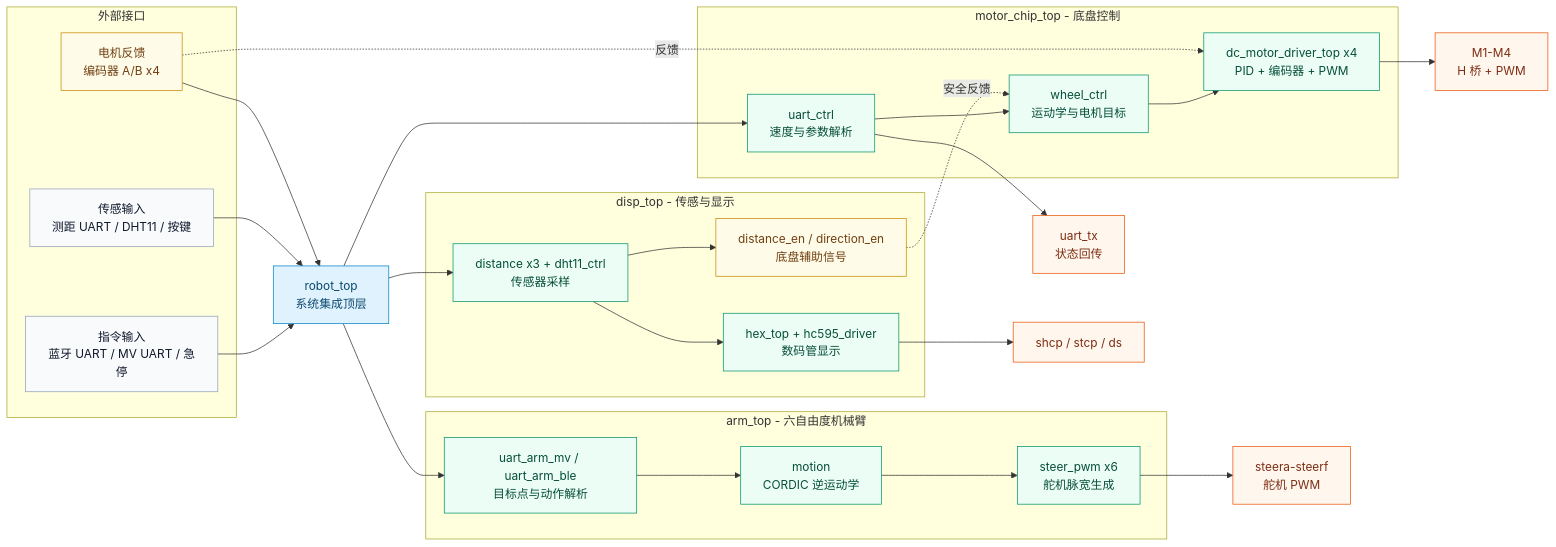
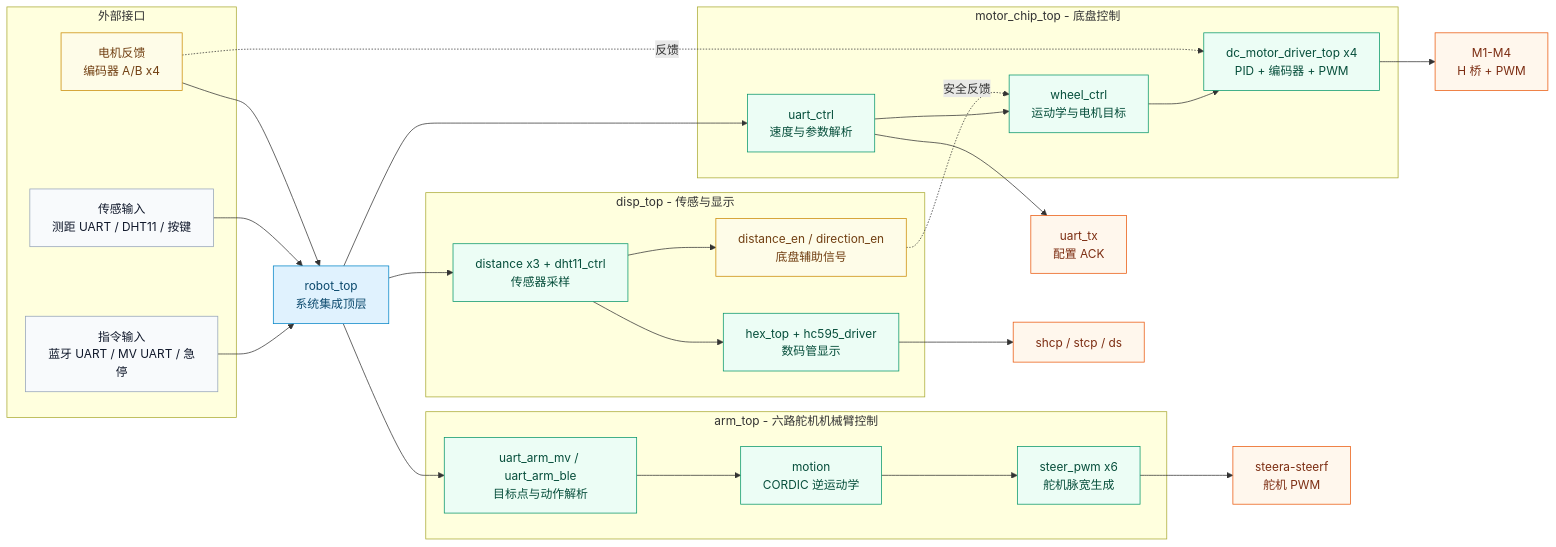
The diagram in README_CN.md (yifeistarwang-coder/RoboMotion-FPGA), drawn with Mermaid before and after one commit. The commit also changed other lines of this file and 1 other file, not shown here.

````diff
--- a/README_CN.md
+++ b/README_CN.md
@@ -70,61 +70,61 @@
 ```mermaid
 flowchart LR
   classDef external fill:#f8fafc,stroke:#94a3b8,color:#0f172a;
   classDef top fill:#e0f2fe,stroke:#0284c7,color:#0c4a6e;
   classDef core fill:#ecfdf5,stroke:#059669,color:#064e3b;
   classDef output fill:#fff7ed,stroke:#ea580c,color:#7c2d12;
   classDef feedback fill:#fefce8,stroke:#ca8a04,color:#713f12;
 
   subgraph IN["外部接口"]
     command_in["指令输入<br/>蓝牙 UART / MV UART / 急停"]
     sensor_in["传感输入<br/>测距 UART / DHT11 / 按键"]
     enc["电机反馈<br/>编码器 A/B x4"]
   end
 
   robot_top["robot_top<br/>系统集成顶层"]
 
   subgraph CHASSIS["motor_chip_top - 底盘控制"]
     chassis_uart["uart_ctrl<br/>速度与参数解析"]
     wheel_ctrl["wheel_ctrl<br/>运动学与电机目标"]
     motor_driver["dc_motor_driver_top x4<br/>PID + 编码器 + PWM"]
   end
 
-  subgraph ARM["arm_top - 六自由度机械臂"]
+  subgraph ARM["arm_top - 六路舵机机械臂控制"]
     arm_uart["uart_arm_mv / uart_arm_ble<br/>目标点与动作解析"]
     arm_motion["motion<br/>CORDIC 逆运动学"]
     servo_pwm["steer_pwm x6<br/>舵机脉宽生成"]
   end
 
   subgraph DISPLAY["disp_top - 传感与显示"]
     sensing["distance x3 + dht11_ctrl<br/>传感器采样"]
     display["hex_top + hc595_driver<br/>数码管显示"]
     guard["distance_en / direction_en<br/>底盘辅助信号"]
   end
 
   command_in --> robot_top
   sensor_in --> robot_top
   enc --> robot_top
 
   robot_top --> chassis_uart
   chassis_uart --> wheel_ctrl
   wheel_ctrl --> motor_driver
   motor_driver --> motors["M1-M4<br/>H 桥 + PWM"]
   enc -. 反馈 .-> motor_driver
-  chassis_uart --> uart_tx["uart_tx<br/>状态回传"]
+  chassis_uart --> uart_tx["uart_tx<br/>配置 ACK"]
 
   robot_top --> arm_uart
   arm_uart --> arm_motion
   arm_motion --> servo_pwm
   servo_pwm --> servos["steera-steerf<br/>舵机 PWM"]
 
   robot_top --> sensing
   sensing --> display
   display --> panel["shcp / stcp / ds"]
   sensing --> guard -. 安全反馈 .-> wheel_ctrl
 
   class command_in,sensor_in external;
   class robot_top top;
   class chassis_uart,wheel_ctrl,motor_driver,arm_uart,arm_motion,servo_pwm,sensing,display,guard core;
   class motors,uart_tx,servos,panel output;
   class enc,guard feedback;
 ```
````
